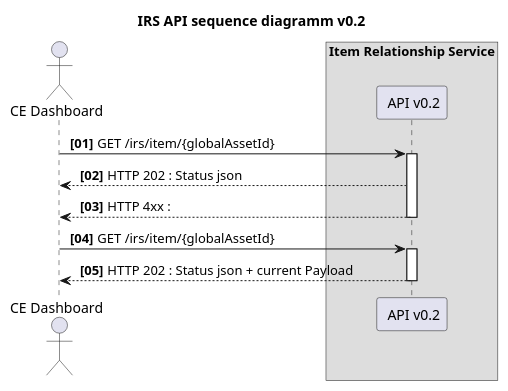
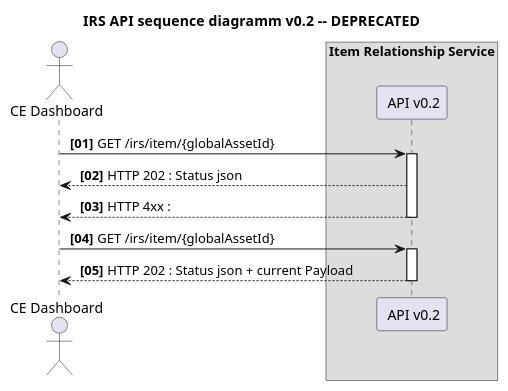
The diagram in uml-diagramms/api-v0.2-sequence.puml (eclipse-tractusx/item-relationship-service), drawn with PlantUML before and after one commit. The commit also changed 5 other files, not shown here.

```diff
--- a/uml-diagramms/api-v0.2-sequence.puml
+++ b/uml-diagramms/api-v0.2-sequence.puml
@@ -1,27 +1,31 @@
 @startuml
-title IRS API sequence diagramm v0.2
+
+skinparam shadowing false
+
+title "IRS API sequence diagramm v0.2  -- DEPRECATED"
+
 
 actor CE as "CE Dashboard"
 
 box Item Relationship Service
 participant IRS_API as " API v0.2"
 end box
 
 
 autonumber "<b> [00]"
 
 CE -> IRS_API: GET /irs/item/{globalAssetId}
 activate IRS_API
 
 IRS_API --> CE: HTTP 202 : Status json
 IRS_API --> CE: HTTP 4xx : 
 deactivate IRS_API
 
 
 CE -> IRS_API: GET /irs/item/{globalAssetId}
 activate IRS_API
 IRS_API --> CE: HTTP 202 : Status json + current Payload
 
 deactivate IRS_API
 
 @enduml
```
